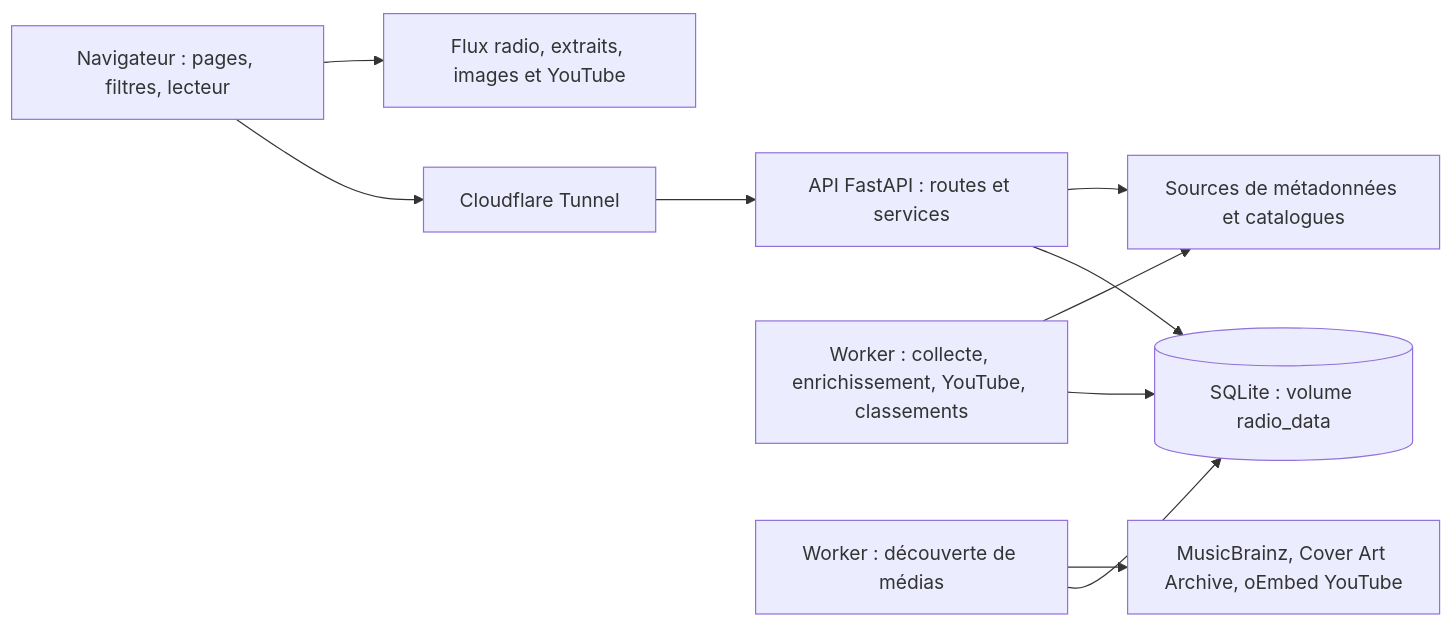
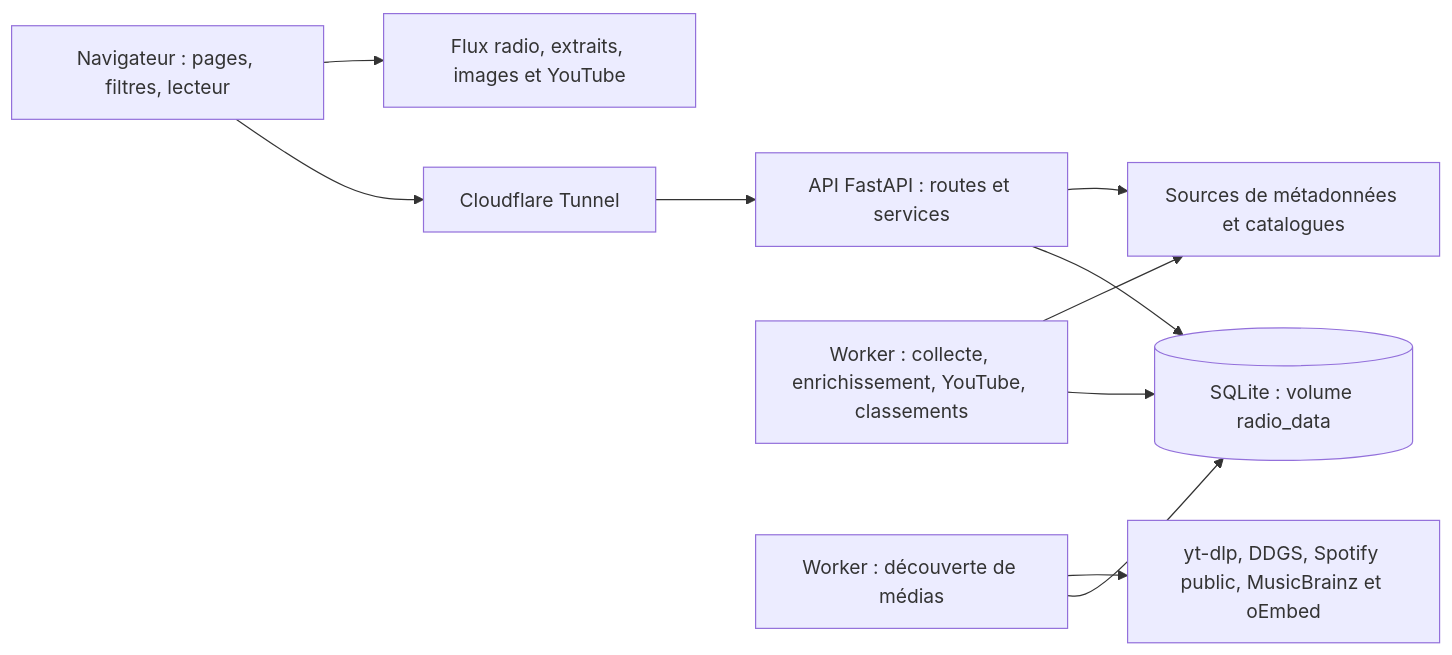
Before and after one commit to Hicha-m/track-radio: the diagram in ARCHITECTURE.md, drawn with Mermaid. The commit also changed other lines of this file and 14 other files, not shown here.

Commit message:
Intègre les recherches gratuites yt-dlp et DDGS au worker de médias

````diff
--- a/ARCHITECTURE.md
+++ b/ARCHITECTURE.md
@@ -32,12 +32,12 @@
 ```mermaid
 flowchart LR
     N[Navigateur : pages, filtres, lecteur] --> T[Cloudflare Tunnel]
     T --> A[API FastAPI : routes et services]
     A --> B[(SQLite : volume radio_data)]
     W[Worker : collecte, enrichissement, YouTube, classements] --> B
     W --> S[Sources de métadonnées et catalogues]
     D[Worker : découverte de médias] --> B
-    D --> MB[MusicBrainz, Cover Art Archive, oEmbed YouTube]
+    D --> MB[yt-dlp, DDGS, Spotify public, MusicBrainz et oEmbed]
     A --> S
     N --> M[Flux radio, extraits, images et YouTube]
 ```
````
